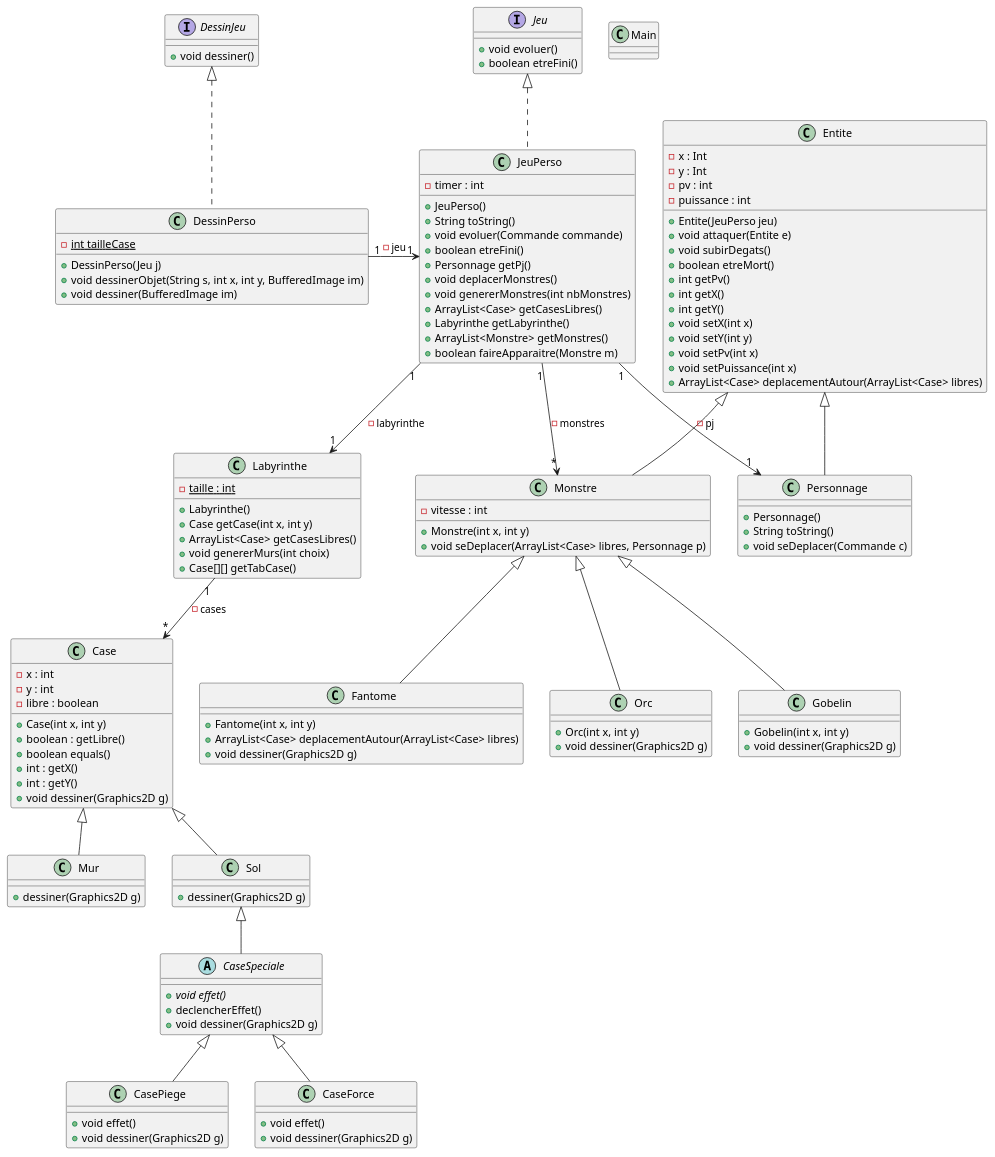
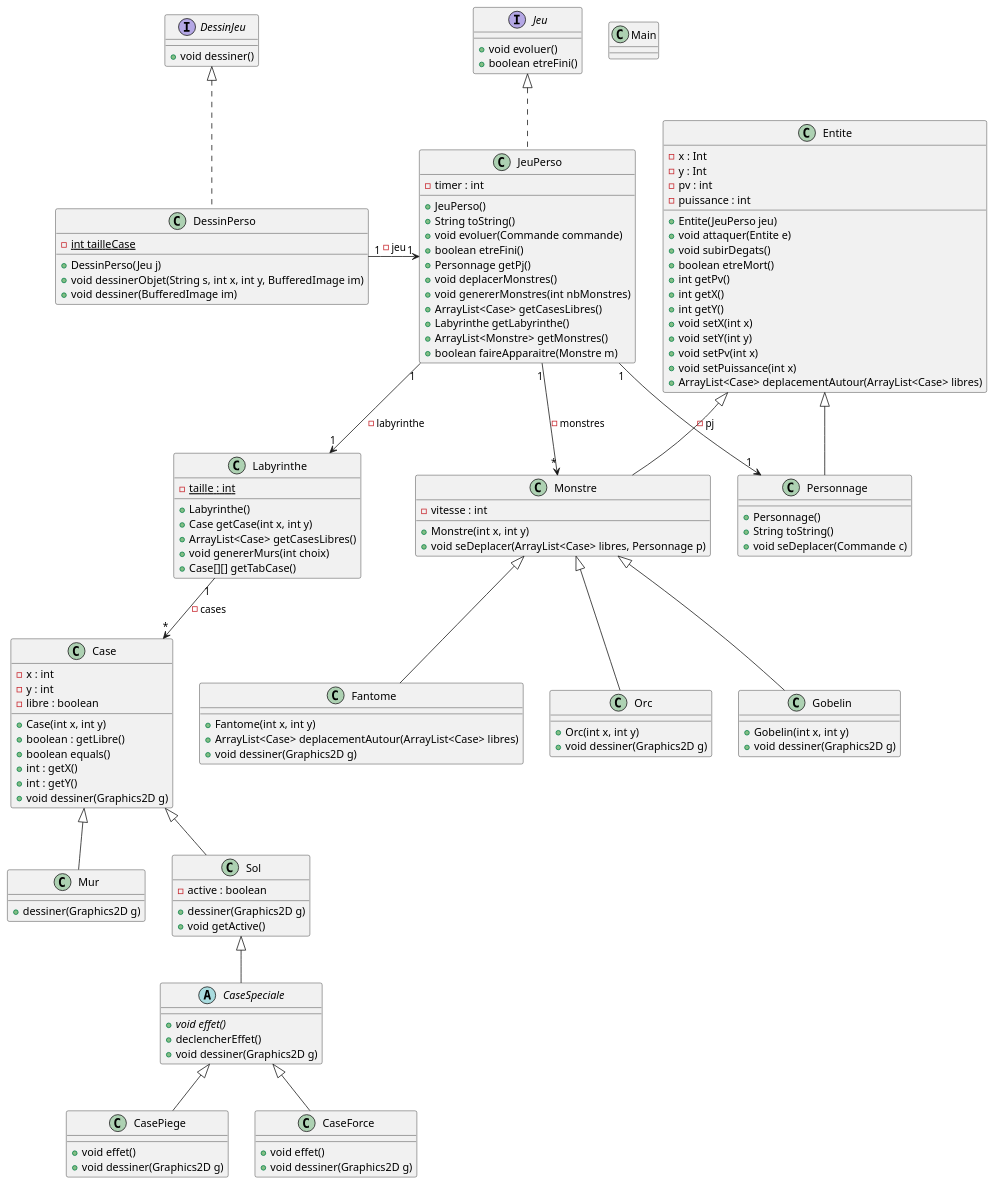
One commit to MichelGrolet/2d-game changed the diagram in documents/version5/diagramme.puml. Above: the diagram before and after it, drawn with PlantUML. The commit also changed 6 other files, not shown here.

```diff
--- a/documents/version5/diagramme.puml
+++ b/documents/version5/diagramme.puml
@@ -1,133 +1,135 @@
 @startuml
 
 class Main {}
 
 class Labyrinthe {
     - {static} taille : int
     + Labyrinthe()
     + Case getCase(int x, int y)
     + ArrayList<Case> getCasesLibres()
     + void genererMurs(int choix)
     + Case[][] getTabCase()
 }
 Labyrinthe "1" --> "*" Case : - cases
 
 class Case {
     - x : int
     - y : int
     - libre : boolean
     + Case(int x, int y)
     + boolean : getLibre()
     + boolean equals()
     + int : getX()
     + int : getY()
     + void dessiner(Graphics2D g)
 }
 
 class Mur extends Case {
     + dessiner(Graphics2D g)
 }
 
 class Sol extends Case {
+    - active : boolean
     + dessiner(Graphics2D g)
+    + void getActive()
 }
 
 abstract class CaseSpeciale extends Sol {
     + {abstract} void effet()
     + declencherEffet()
      + void dessiner(Graphics2D g)
 }
 
 class CasePiege extends CaseSpeciale {
      + void effet()
      + void dessiner(Graphics2D g)
 }
 
 class CaseForce extends CaseSpeciale {
      + void effet()
      + void dessiner(Graphics2D g)
 }
 
 class Entite {
     - x : Int
     - y : Int
     - pv : int
     - puissance : int
     + Entite(JeuPerso jeu)
     + void attaquer(Entite e)
     + void subirDegats()
     + boolean etreMort()
     + int getPv()
     + int getX()
     + int getY()
     + void setX(int x)
     + void setY(int y)
     + void setPv(int x)
     + void setPuissance(int x)
     + ArrayList<Case> deplacementAutour(ArrayList<Case> libres)
 }
 
 class Personnage extends Entite {
     + Personnage()
     + String toString()
     + void seDeplacer(Commande c)
 }
 
 class Monstre extends Entite {
     - vitesse : int
     + Monstre(int x, int y)
     + void seDeplacer(ArrayList<Case> libres, Personnage p)
 }
 
 class Fantome extends Monstre {
     + Fantome(int x, int y)
     + ArrayList<Case> deplacementAutour(ArrayList<Case> libres)
     + void dessiner(Graphics2D g)
 }
 
 class Orc extends Monstre {
     + Orc(int x, int y)
     + void dessiner(Graphics2D g)
 }
 
 class Gobelin extends Monstre {
     + Gobelin(int x, int y)
     + void dessiner(Graphics2D g)
 }
 
 interface Jeu {
     + void evoluer()
     + boolean etreFini()
 }
 
 interface DessinJeu {
     + void dessiner()
 }
 
 class JeuPerso implements Jeu {
     - timer : int
     + JeuPerso()
     + String toString()
     + void evoluer(Commande commande)
     + boolean etreFini()
     + Personnage getPj()
     + void deplacerMonstres()
     + void genererMonstres(int nbMonstres)
     + ArrayList<Case> getCasesLibres()
     + Labyrinthe getLabyrinthe()
     + ArrayList<Monstre> getMonstres()
     + boolean faireApparaitre(Monstre m)
 }
 JeuPerso "1" --> "1" Labyrinthe : - labyrinthe
 JeuPerso "1" --> "1" Personnage : - pj
 JeuPerso "1" --> "*" Monstre : - monstres
 
 class DessinPerso implements DessinJeu {
     - {static} int tailleCase
     + DessinPerso(Jeu j)
     + void dessinerObjet(String s, int x, int y, BufferedImage im)
     + void dessiner(BufferedImage im)
 }
 DessinPerso "1" -> "1" JeuPerso : - jeu
 
 @enduml
```
